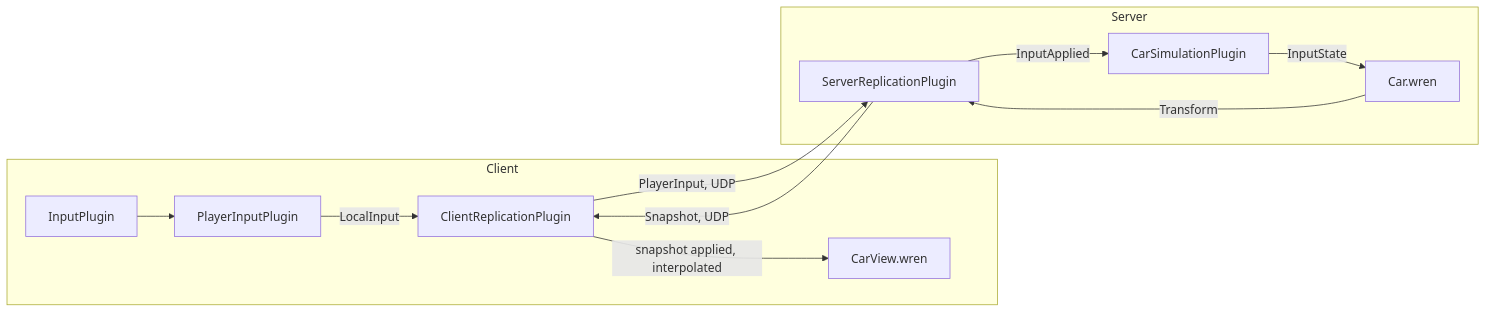
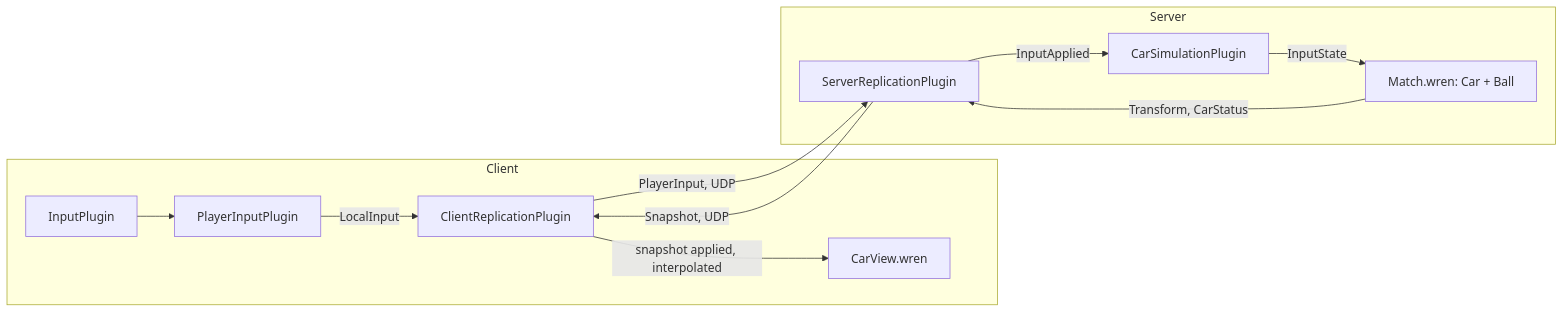
Before and after one commit to Matt4401/Mirror-Rtype: the diagram in docs/rlss/index.md, drawn with Mermaid. The commit also changed other lines of this file, not shown here.

Commit message:
feat(docs/rlss): update index.md to include ball physics and boost mechanics

````diff
--- a/docs/rlss/index.md
+++ b/docs/rlss/index.md
@@ -47,14 +48,14 @@
 ```mermaid
 flowchart LR
     subgraph Client
         IP[InputPlugin] --> PIP[PlayerInputPlugin] -- LocalInput --> CRP[ClientReplicationPlugin]
         CRP -- snapshot applied, interpolated --> CV[CarView.wren]
     end
     subgraph Server
         SRP[ServerReplicationPlugin] -- InputApplied --> CSP[CarSimulationPlugin]
-        CSP -- InputState --> CAR[Car.wren]
-        CAR -- Transform --> SRP
+        CSP -- InputState --> MATCH[Match.wren: Car + Ball]
+        MATCH -- Transform, CarStatus --> SRP
     end
     CRP -- PlayerInput, UDP --> SRP
     SRP -- Snapshot, UDP --> CRP
 ```
````
